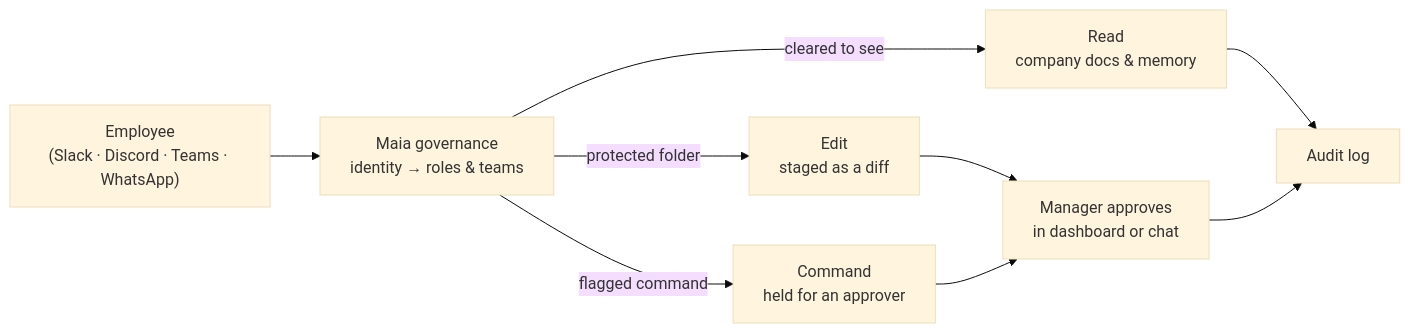
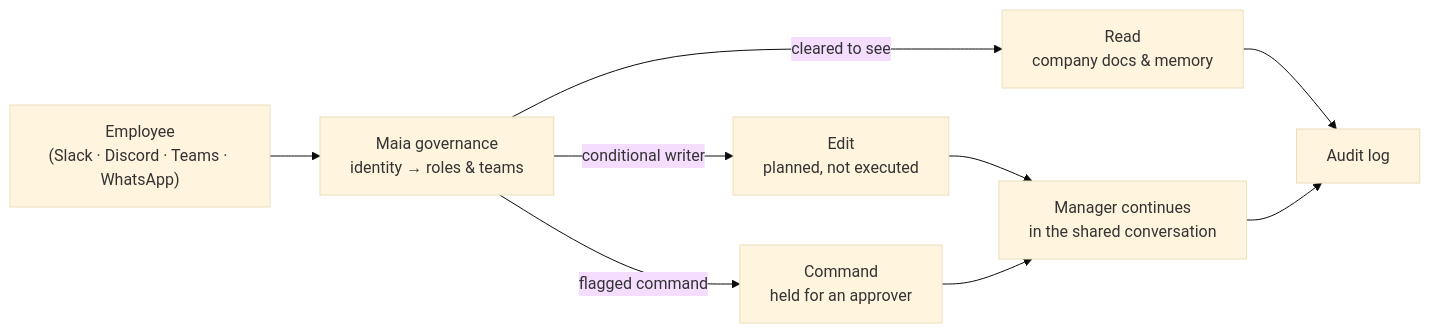
The diagram in README.md (and270/maia), drawn with Mermaid (base theme) before and after one commit. The commit also changed other lines of this file and 17 other files, not shown here.

````diff
--- a/README.md
+++ b/README.md
@@ -31,11 +31,11 @@
 ```mermaid
 flowchart LR
     U["Employee<br/>(Slack · Discord · Teams · WhatsApp)"] --> G["Maia governance<br/>identity → roles & teams"]
     G -->|"cleared to see"| R["Read<br/>company docs & memory"]
-    G -->|"protected folder"| E["Edit<br/>staged as a diff"]
+    G -->|"conditional writer"| E["Edit<br/>planned, not executed"]
     G -->|"flagged command"| C["Command<br/>held for an approver"]
-    E --> M["Manager approves<br/>in dashboard or chat"]
+    E --> M["Manager continues<br/>in the shared conversation"]
     C --> M
     R --> A["Audit log"]
     M --> A
 ```
````
